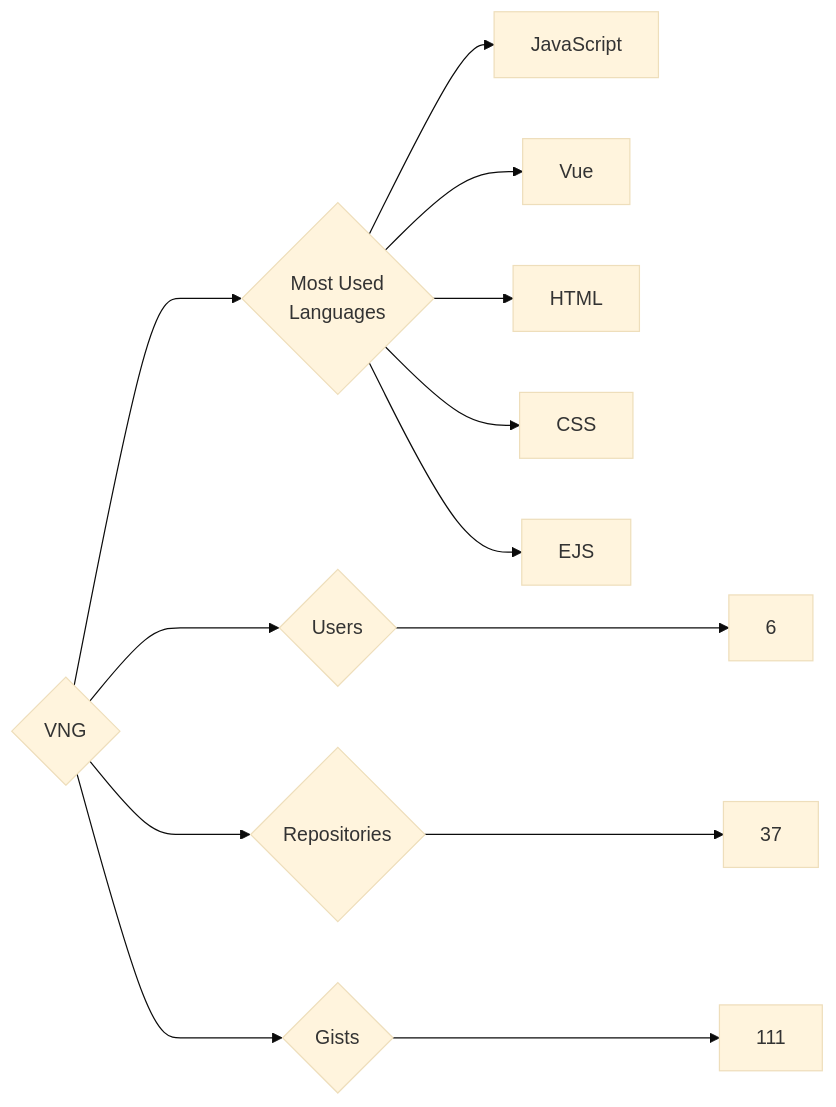
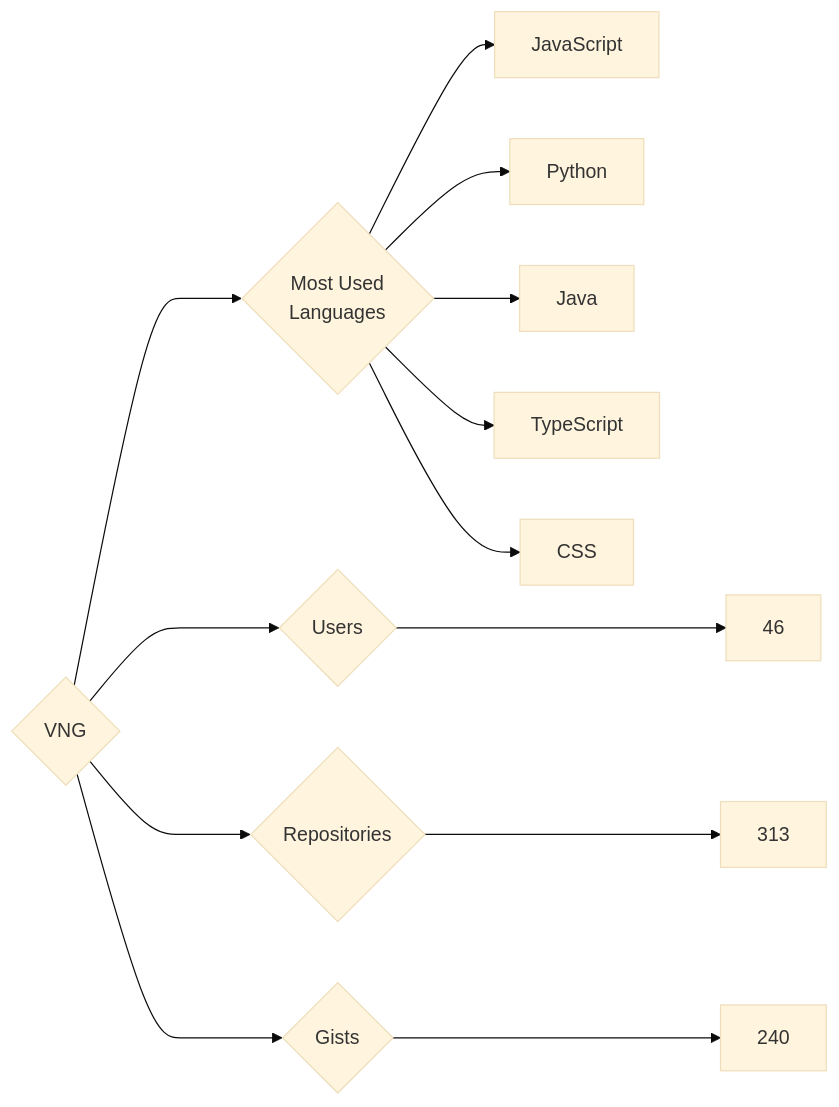
Before and after one commit to trickest/insiders: the diagram in targets/VNG/README.md, drawn with Mermaid (base theme). The commit also changed 898 other files, not shown here.

````diff
--- a/targets/VNG/README.md
+++ b/targets/VNG/README.md
@@ -3,13 +3,13 @@
 ```mermaid
 graph LR
 COMPANY_NAME{VNG}
-COMPANY_NAME ---> U{Users} ---> UN[6]
-COMPANY_NAME ---> R{Repositories} ---> RN[37]
-COMPANY_NAME ---> G{Gists} ---> GN[111]
+COMPANY_NAME ---> U{Users} ---> UN[46]
+COMPANY_NAME ---> R{Repositories} ---> RN[313]
+COMPANY_NAME ---> G{Gists} ---> GN[240]
 COMPANY_NAME ---> ML{Most Used<br>Languages}
 ML --> JavaScript[JavaScript]
-ML --> Vue[Vue]
-ML --> HTML[HTML]
+ML --> Python[Python]
+ML --> Java[Java]
+ML --> TypeScript[TypeScript]
 ML --> CSS[CSS]
-ML --> EJS[EJS]
 ```
````
